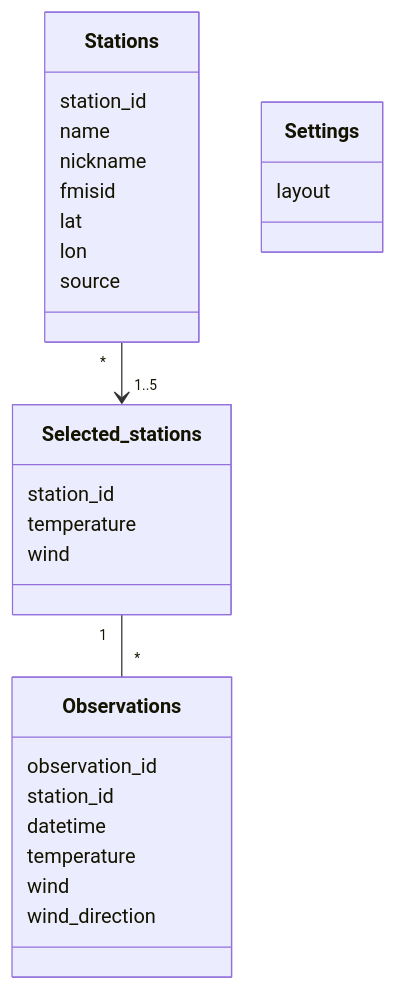
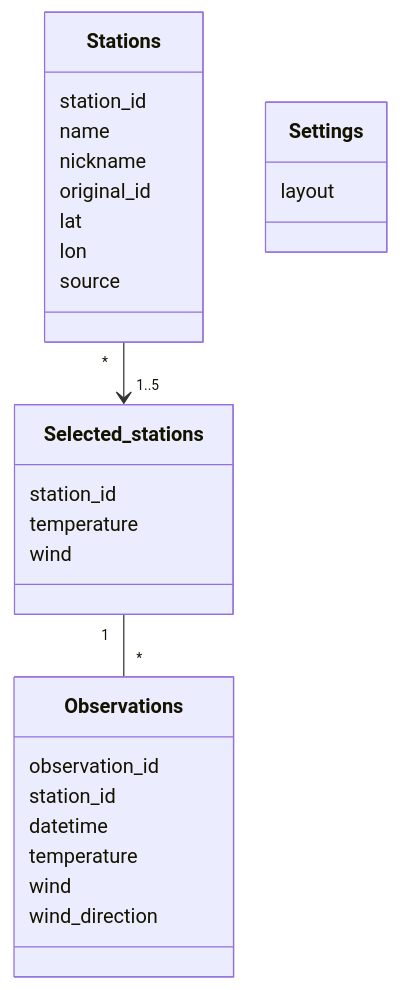
The diagram in dokumentaatio/specifications.md (mcpaulafi/ot-harjoitustyo), drawn with Mermaid before and after one commit. The commit also changed 2 other files, not shown here.

Commit message:
Station parameter name changed from fmisid to original_id

````diff
--- a/dokumentaatio/specifications.md
+++ b/dokumentaatio/specifications.md
@@ -33,31 +33,31 @@
 ```mermaid
  classDiagram
     Stations "*" --> "1..5" Selected_stations
     Selected_stations "1" -- "*" Observations
     class Settings {
         layout
     }
     class Stations {
         station_id
         name
         nickname
-        fmisid
+        original_id
         lat
         lon
         source
     }
     class Selected_stations {
         station_id
         temperature
         wind
     }
     class Observations {
         observation_id
         station_id
         datetime
         temperature
         wind
         wind_direction
     }
 
 ```
````
